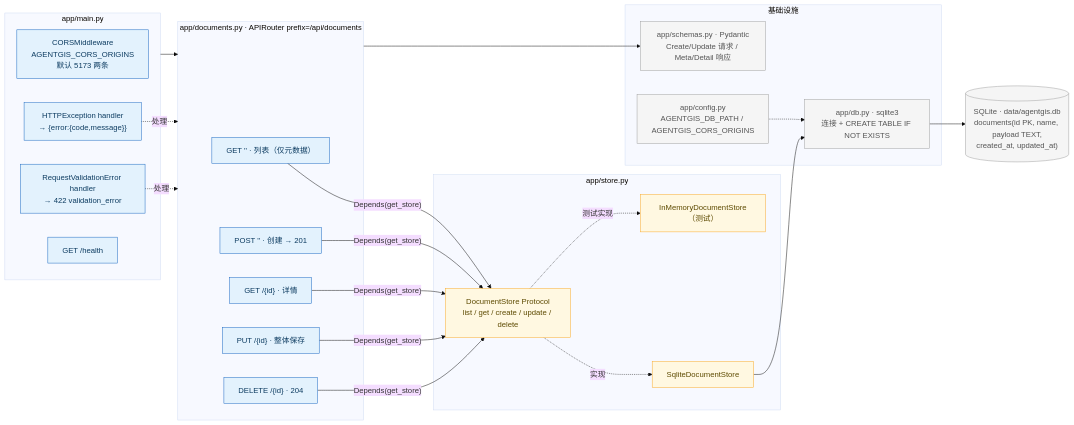
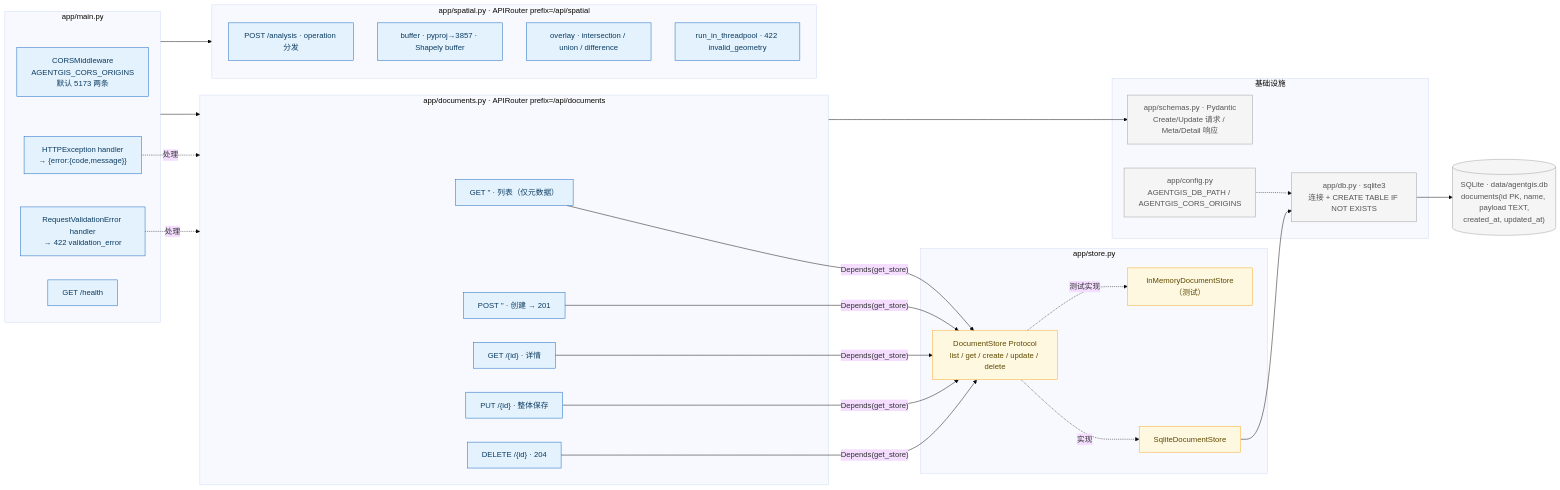
One commit to huahuajiji/agentgis-frontend changed the eighth of 10 diagrams in docs/前后端详细架构.md. Above: the diagram before and after it, drawn with Mermaid (base theme). The commit also changed other lines of this file and 14 other files, not shown here.

````diff
--- a/docs/前后端详细架构.md
+++ b/docs/前后端详细架构.md
@@ -268,49 +268,58 @@
 ```mermaid
 flowchart LR
     subgraph MAIN["app/main.py"]
         CORS["CORSMiddleware<br/>AGENTGIS_CORS_ORIGINS<br/>默认 5173 两条"]
         EH1["HTTPException handler<br/>→ {error:{code,message}}"]
         EH2["RequestValidationError handler<br/>→ 422 validation_error"]
         HEALTH["GET /health"]
+    end
+
+    subgraph SPATIAL["app/spatial.py · APIRouter prefix=/api/spatial"]
+        S1["POST /analysis · operation 分发"]
+        S2["buffer · pyproj→3857 · Shapely buffer"]
+        S3["overlay · intersection / union / difference"]
+        S4["run_in_threadpool · 422 invalid_geometry"]
     end
 
     subgraph ROUTER["app/documents.py · APIRouter prefix=/api/documents"]
         R1["GET '' · 列表（仅元数据）"]
         R2["POST '' · 创建 → 201"]
         R3["GET /{id} · 详情"]
         R4["PUT /{id} · 整体保存"]
         R5["DELETE /{id} · 204"]
     end
 
     subgraph PORT["app/store.py"]
         PROTO["DocumentStore Protocol<br/>list / get / create / update / delete"]
         SQLITE["SqliteDocumentStore"]
         MEM["InMemoryDocumentStore（测试）"]
     end
 
     subgraph INFRA["基础设施"]
         DB["app/db.py · sqlite3<br/>连接 + CREATE TABLE IF NOT EXISTS"]
         SCH["app/schemas.py · Pydantic<br/>Create/Update 请求 / Meta/Detail 响应"]
         CFG["app/config.py<br/>AGENTGIS_DB_PATH / AGENTGIS_CORS_ORIGINS"]
     end
 
     FILE[("SQLite · data/agentgis.db<br/>documents(id PK, name, payload TEXT,<br/>created_at, updated_at)")]
 
     MAIN --> ROUTER
+    MAIN --> SPATIAL
     EH1 -.处理.-> ROUTER
     EH2 -.处理.-> ROUTER
     R1 & R2 & R3 & R4 & R5 -->|"Depends(get_store)"| PROTO
     PROTO -.实现.-> SQLITE
     PROTO -.测试实现.-> MEM
     ROUTER --> SCH
     SQLITE --> DB
     CFG -.-> DB
     DB --> FILE
 
     classDef api fill:#e3f2fd,stroke:#1565c0,color:#0d3c61;
     classDef port fill:#fff8e1,stroke:#f9a825,color:#5d4a00;
     classDef infra fill:#f5f5f5,stroke:#9e9e9e,color:#555;
     class CORS,EH1,EH2,HEALTH,R1,R2,R3,R4,R5 api;
+    class S1,S2,S3,S4 api;
     class PROTO,SQLITE,MEM port;
     class DB,SCH,CFG,FILE infra;
 ```
````
